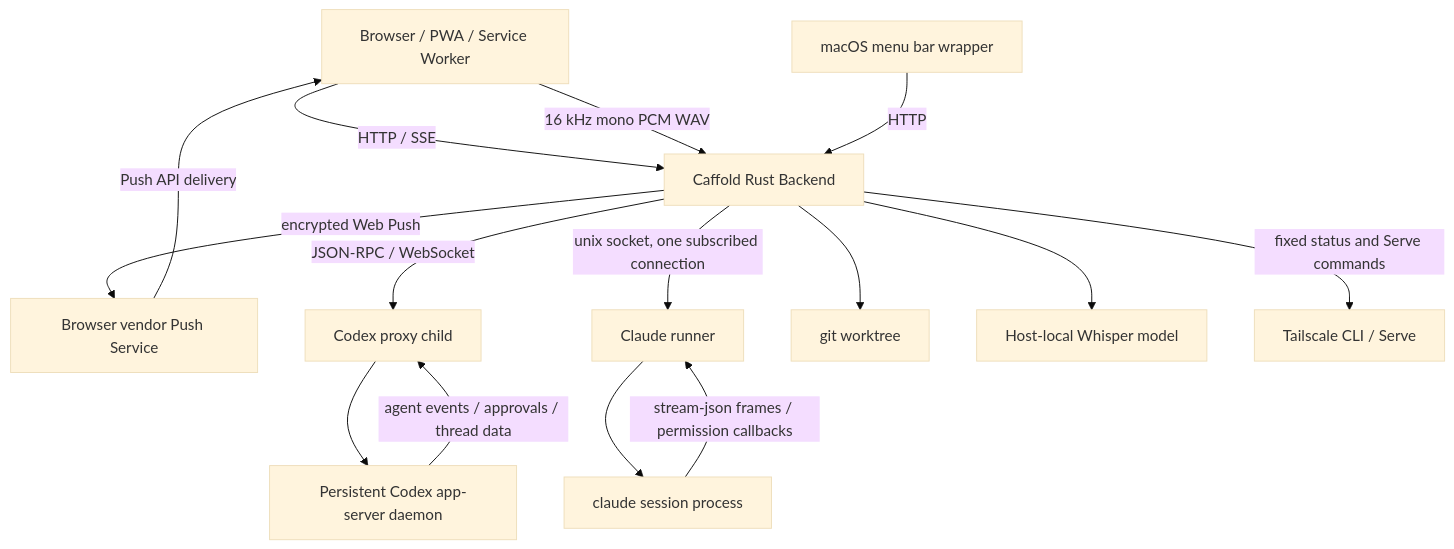
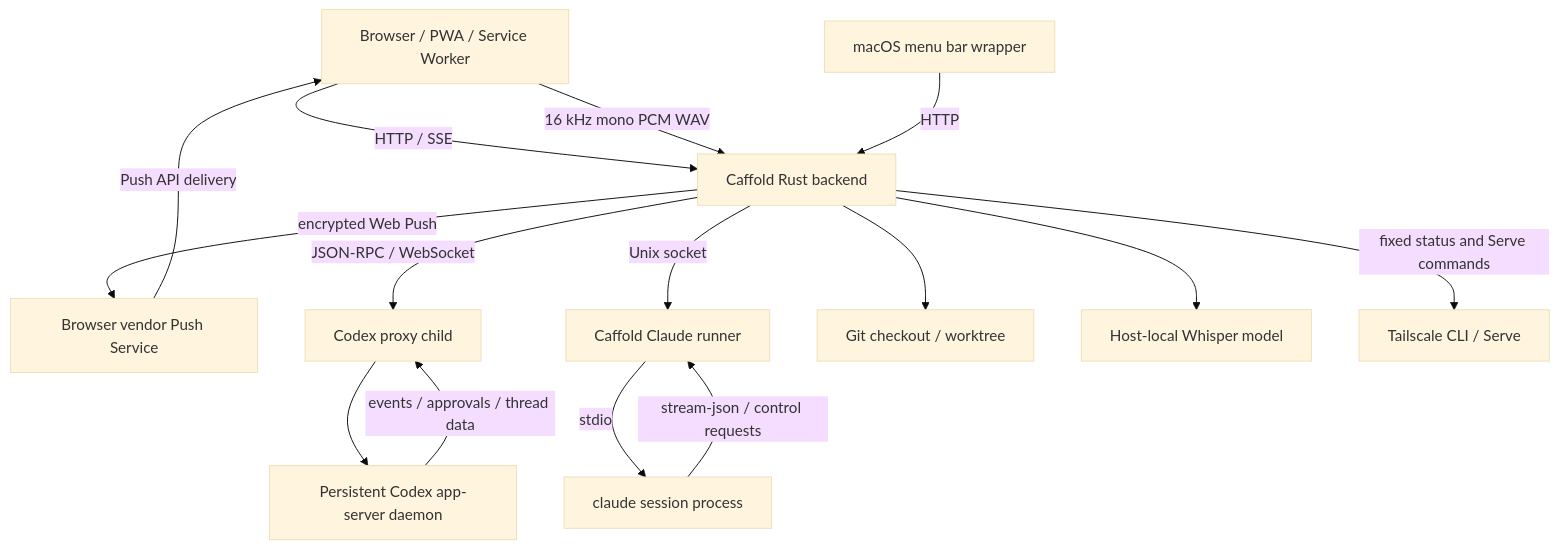
One commit to panarch/caffold changed the diagram in docs/architecture/overview.md. Above: the diagram before and after it, drawn with Mermaid (base theme). The commit also changed other lines of this file and 23 other files, not shown here.

````diff
--- a/docs/architecture/overview.md
+++ b/docs/architecture/overview.md
@@ -10,29 +10,29 @@
 ```mermaid
 flowchart TD
     PWA["Browser / PWA / Service Worker"]
     MacWrapper["macOS menu bar wrapper"]
-    Backend["Caffold Rust Backend"]
+    Backend["Caffold Rust backend"]
     PushService["Browser vendor Push Service"]
     Proxy["Codex proxy child"]
     AppServer["Persistent Codex app-server daemon"]
-    Runner["Claude runner"]
+    Runner["Caffold Claude runner"]
     ClaudeSession["claude session process"]
-    Git["git worktree"]
+    Git["Git checkout / worktree"]
     Whisper["Host-local Whisper model"]
     Tailscale["Tailscale CLI / Serve"]
 
     PWA -->|"HTTP / SSE"| Backend
     PWA -->|"16 kHz mono PCM WAV"| Backend
     MacWrapper -->|"HTTP"| Backend
     Backend -->|"JSON-RPC / WebSocket"| Proxy
     Proxy --> AppServer
-    Backend -->|"unix socket, one subscribed connection"| Runner
-    Runner --> ClaudeSession
+    Backend -->|"Unix socket"| Runner
+    Runner -->|"stdio"| ClaudeSession
     Backend --> Git
     Backend --> Whisper
     Backend -->|"fixed status and Serve commands"| Tailscale
     Backend -->|"encrypted Web Push"| PushService
     PushService -->|"Push API delivery"| PWA
-    AppServer -->|"agent events / approvals / thread data"| Proxy
-    ClaudeSession -->|"stream-json frames / permission callbacks"| Runner
+    AppServer -->|"events / approvals / thread data"| Proxy
+    ClaudeSession -->|"stream-json / control requests"| Runner
 ```
````
